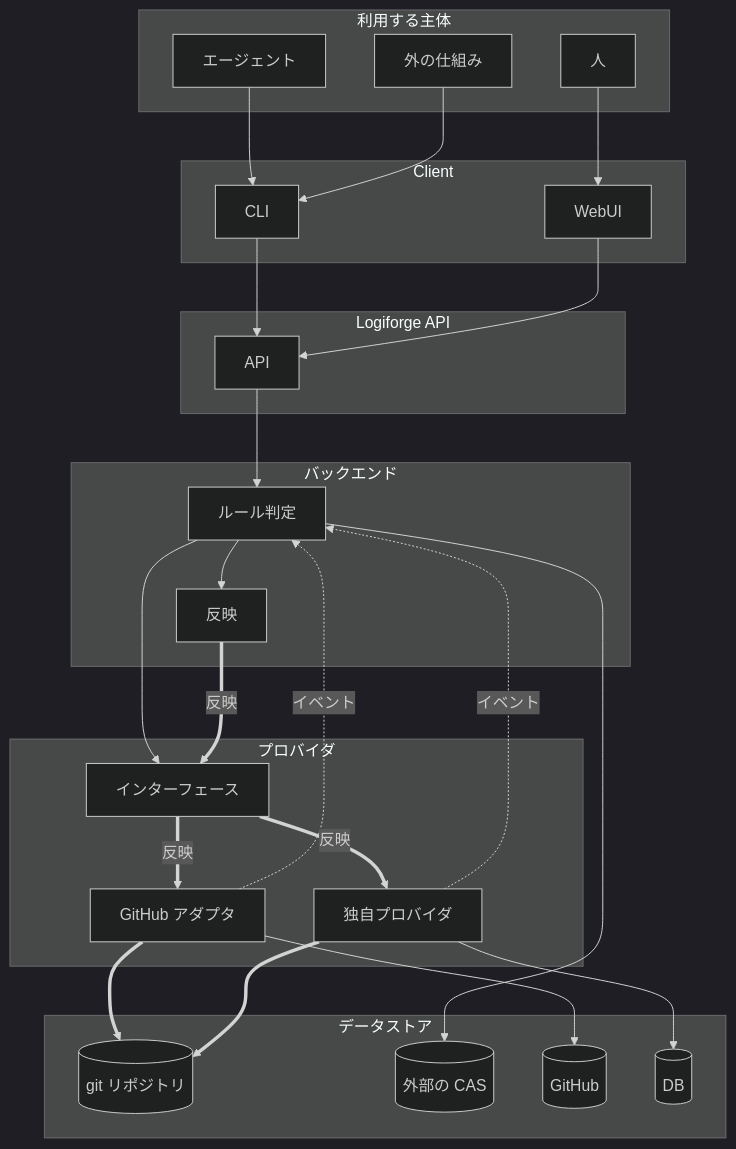
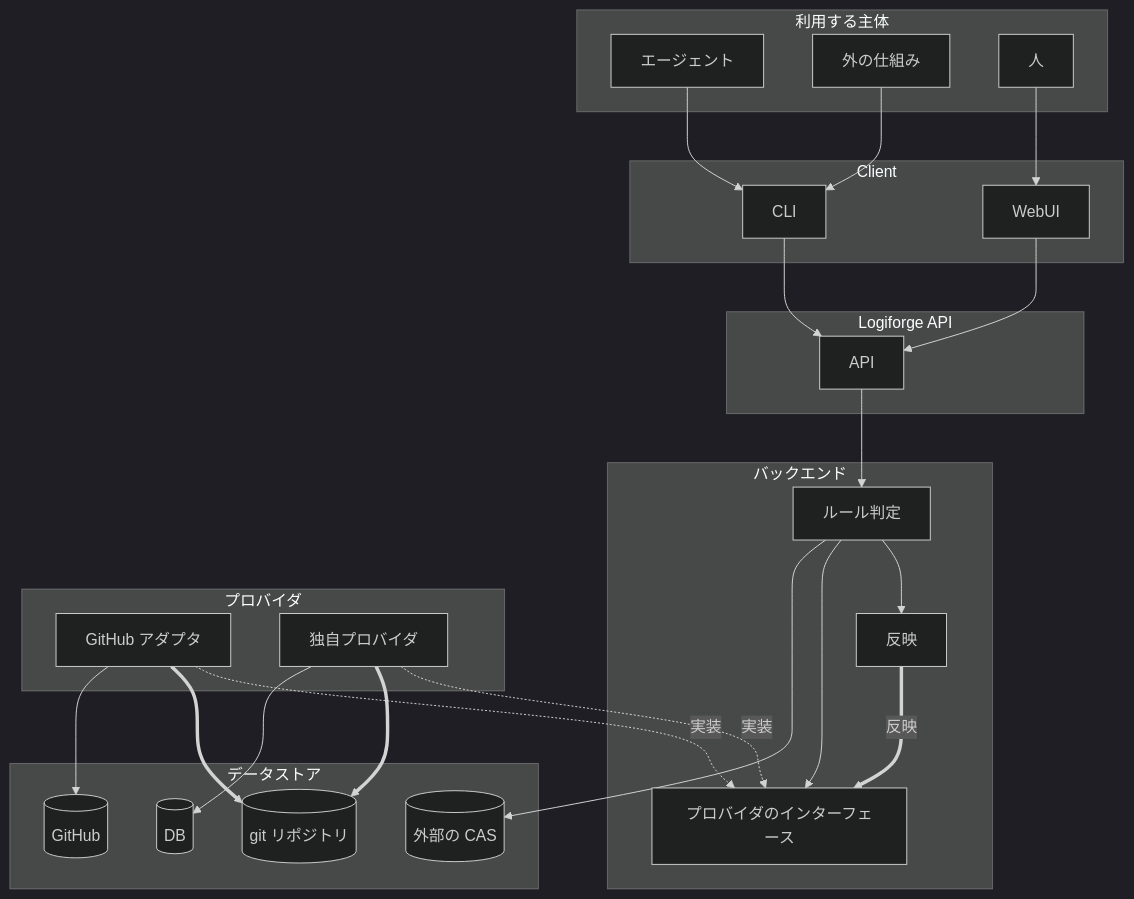
Before and after one commit to yamambainc/logiforge: the diagram in design/architecture.md, drawn with Mermaid (dark theme). The commit also changed other lines of this file and 6 other files, not shown here.

````diff
--- a/design/architecture.md
+++ b/design/architecture.md
@@ -8,48 +8,46 @@
 ```mermaid
 flowchart TB
   subgraph US["利用する主体"]
     AGT["エージェント"]
     EXT["外の仕組み"]
     HUM["人"]
   end
   subgraph CL["Client"]
     CLI["CLI"]
     WEB["WebUI"]
   end
   subgraph AP["Logiforge API"]
     API["API"]
   end
   subgraph BE["バックエンド"]
     RULE["ルール判定"]
     MERGE["反映"]
+    IF["プロバイダのインターフェース"]
   end
   subgraph PR["プロバイダ"]
-    IF["インターフェース"]
     GH["GitHub アダプタ"]
     NA["独自プロバイダ"]
   end
   subgraph DS["データストア"]
     GIT[("git リポジトリ")]
     CAS[("外部の CAS")]
     GHS[("GitHub")]
     DB[("DB")]
   end
   AGT --> CLI
   EXT --> CLI
   HUM --> WEB
   CLI --> API
   WEB --> API
   API --> RULE
   RULE --> MERGE
   RULE --> IF
   MERGE ==>|反映| IF
-  IF ==>|反映| GH
-  IF ==>|反映| NA
+  GH -.->|実装| IF
+  NA -.->|実装| IF
   GH ==> GIT
   NA ==> GIT
   GH --> GHS
   NA --> DB
   RULE --> CAS
-  GH -.->|イベント| RULE
-  NA -.->|イベント| RULE
 ```
````
